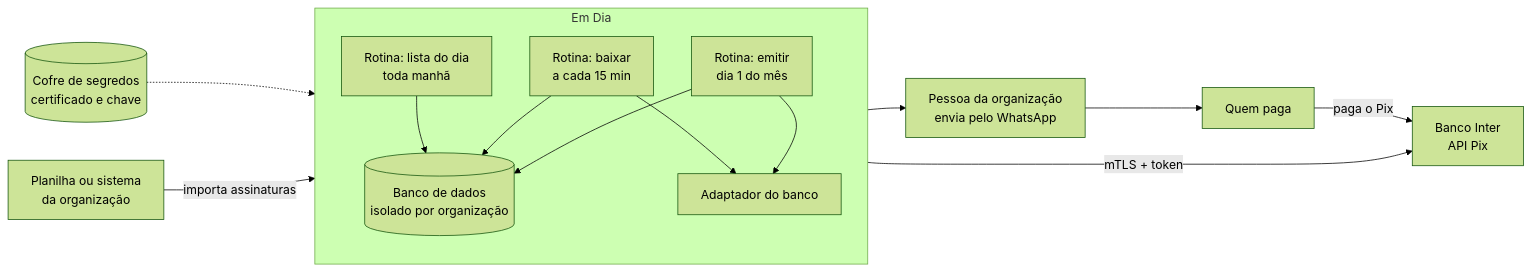
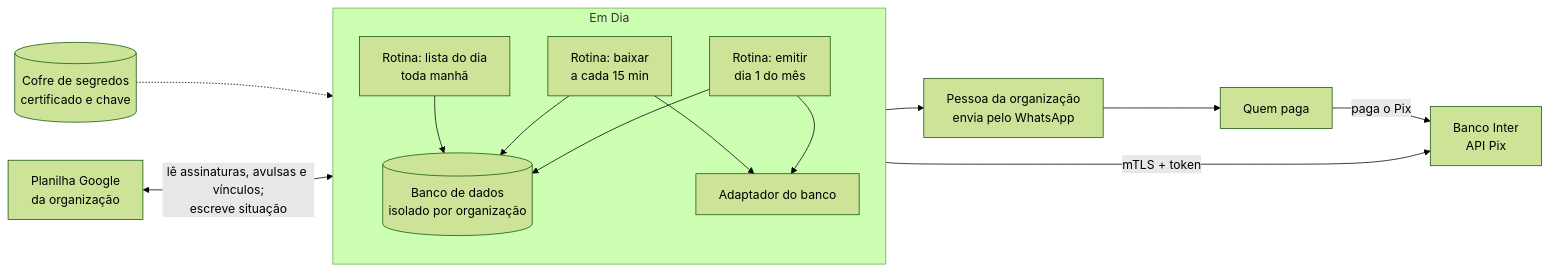
Before and after one commit to leonardorudolfocardoso/pix-em-dia: the second of 9 diagrams in docs/processos.md, drawn with Mermaid (forest theme). The commit also changed other lines of this file and 2 other files, not shown here.

Commit message:
Interface do piloto: planilha Google (E0.2) e itens da etapa 3 ajustados
Claude-Session: https://claude.ai/code/session_014tLRxagHH4kPiwJLweRhBi

````diff
--- a/docs/processos.md
+++ b/docs/processos.md
@@ -52,22 +52,22 @@
 ```mermaid
 flowchart LR
-  planilha["Planilha ou sistema<br/>da organização"] -->|importa assinaturas| emdia
+  planilha["Planilha Google<br/>da organização"] <-->|lê assinaturas, avulsas e vínculos;<br/>escreve situação| emdia
   subgraph emdia["Em Dia"]
     direction TB
     emitir["Rotina: emitir<br/>dia 1 do mês"]
     baixar["Rotina: baixar<br/>a cada 15 min"]
     lista["Rotina: lista do dia<br/>toda manhã"]
     db[("Banco de dados<br/>isolado por organização")]
     adaptador["Adaptador do banco"]
     emitir --> db
     baixar --> db
     lista --> db
     emitir --> adaptador
     baixar --> adaptador
   end
   adaptador -->|mTLS + token| inter["Banco Inter<br/>API Pix"]
   cofre[("Cofre de segredos<br/>certificado e chave")] -.-> adaptador
   lista --> pessoa["Pessoa da organização<br/>envia pelo WhatsApp"]
   pessoa --> familia["Quem paga"]
   familia -->|paga o Pix| inter
 ```
````
